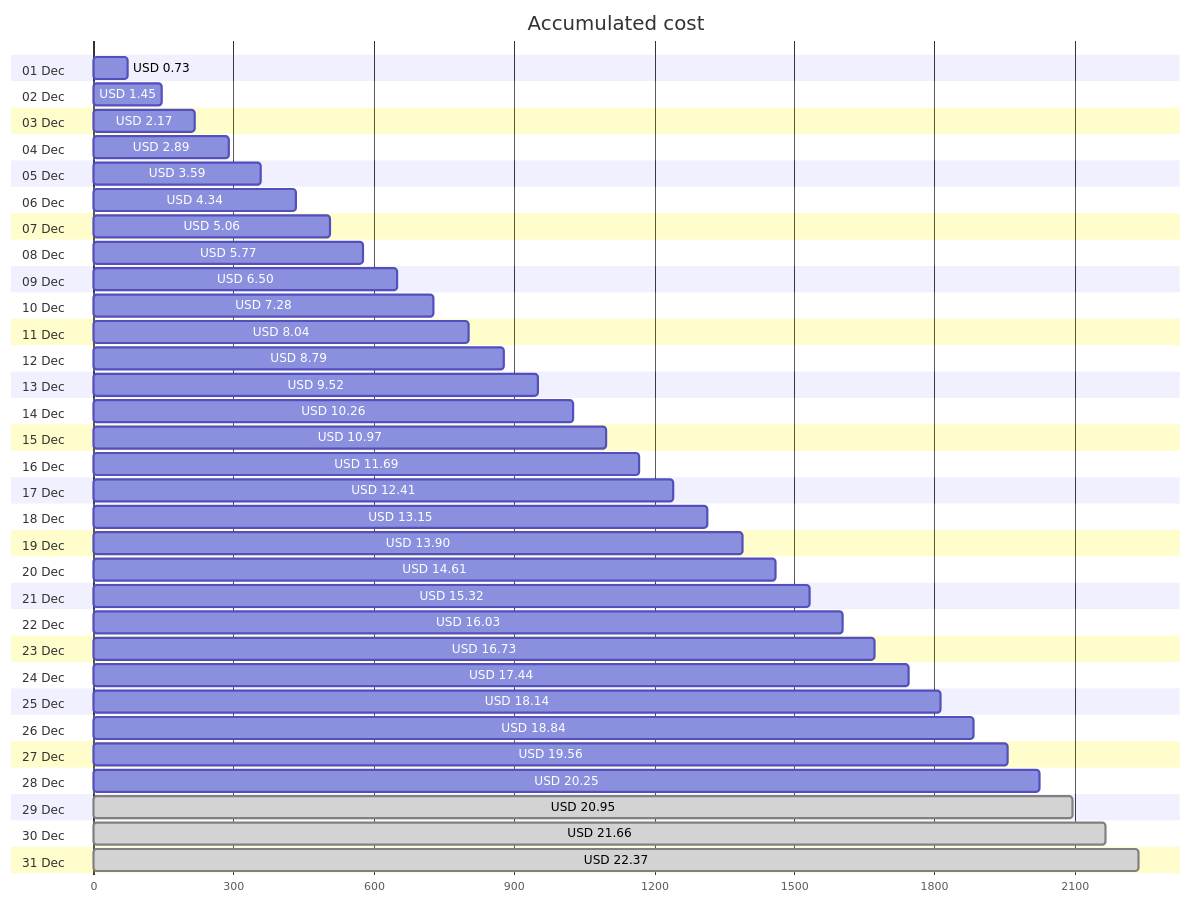
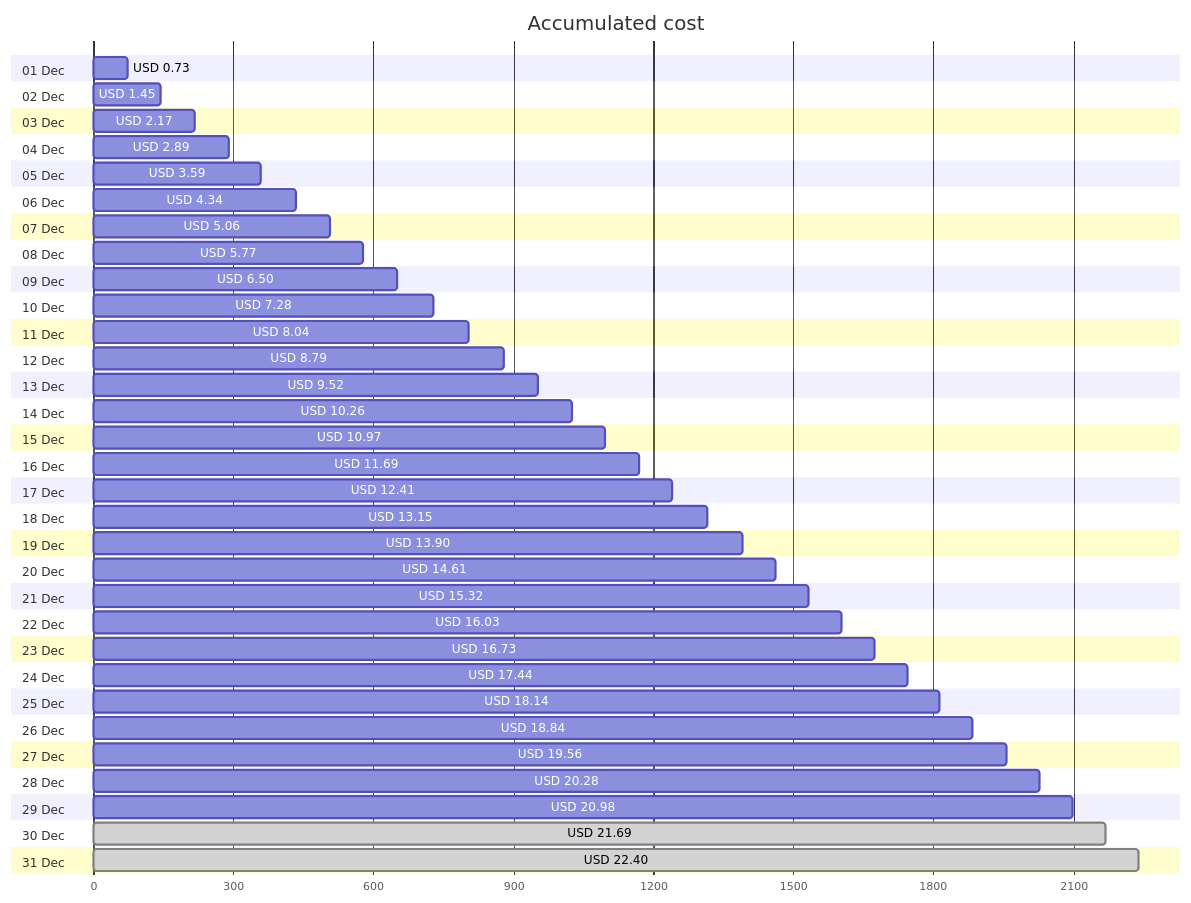
The first of 4 diagrams in cost-reports/personal-network/backup-server-data-disk.md (jpfulton/azure-personal-reports), drawn with Mermaid before and after one commit. The commit also changed other lines of this file and 8 other files, not shown here.

````diff
--- a/cost-reports/personal-network/backup-server-data-disk.md
+++ b/cost-reports/personal-network/backup-server-data-disk.md
@@ -20,68 +20,68 @@
 ```mermaid
 gantt
    title Accumulated cost
    dateFormat  X
    axisFormat %s
    section 01 Dec
    USD 0.73 :0, 73
    section 02 Dec
    USD 1.45 :0, 145
    section 03 Dec
    USD 2.17 :0, 217
    section 04 Dec
    USD 2.89 :0, 289
    section 05 Dec
    USD 3.59 :0, 359
    section 06 Dec
    USD 4.34 :0, 434
    section 07 Dec
    USD 5.06 :0, 506
    section 08 Dec
    USD 5.77 :0, 577
    section 09 Dec
    USD 6.50 :0, 650
    section 10 Dec
    USD 7.28 :0, 728
    section 11 Dec
    USD 8.04 :0, 804
    section 12 Dec
    USD 8.79 :0, 879
    section 13 Dec
    USD 9.52 :0, 952
    section 14 Dec
    USD 10.26 :0, 1026
    section 15 Dec
    USD 10.97 :0, 1097
    section 16 Dec
    USD 11.69 :0, 1169
    section 17 Dec
    USD 12.41 :0, 1241
    section 18 Dec
    USD 13.15 :0, 1315
    section 19 Dec
    USD 13.90 :0, 1390
    section 20 Dec
    USD 14.61 :0, 1461
    section 21 Dec
    USD 15.32 :0, 1532
    section 22 Dec
    USD 16.03 :0, 1603
    section 23 Dec
    USD 16.73 :0, 1673
    section 24 Dec
    USD 17.44 :0, 1744
    section 25 Dec
    USD 18.14 :0, 1814
    section 26 Dec
    USD 18.84 :0, 1884
    section 27 Dec
    USD 19.56 :0, 1956
    section 28 Dec
-   USD 20.25 :0, 2025
+   USD 20.28 :0, 2028
    section 29 Dec
-   USD 20.95 : done, 0, 2095
+   USD 20.98 :0, 2098
    section 30 Dec
-   USD 21.66 : done, 0, 2166
+   USD 21.69 : done, 0, 2169
    section 31 Dec
-   USD 22.37 : done, 0, 2237
+   USD 22.40 : done, 0, 2240
 ```
````
